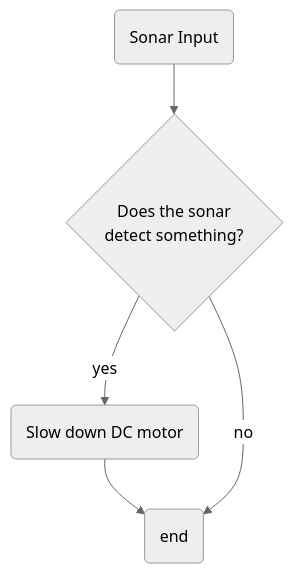
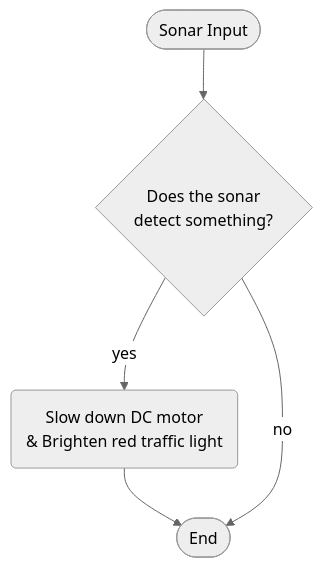
Before and after one commit to AjaySayer/Smart-Device-2023-Semester-1: the second of 4 diagrams in logic.md, drawn with Mermaid (neutral theme). The commit also changed other lines of this file, not shown here.

First line of the commit message:
flowchart update

````diff
--- a/logic.md
+++ b/logic.md
@@ -24,18 +21,17 @@
 ```mermaid 
 flowchart TD
-    sonarInput(Sonar Input)
+    sonarInput([Sonar Input])
 
     sonarInput-->sonarDecision
 
     sonarDecision{Does the sonar <br/> detect something?}
 
-    sonarDecision-->|yes| slowDown
+    sonarDecision-->|yes|slowDown
 
-    slowDown(Slow down DC motor)
+    slowDown(Slow down DC motor </br>& Brighten red traffic light)
     slowDown-->complete
 
     sonarDecision-->|no|complete
 
-
-    complete(end)
- ```
+    complete([End])
+```
````
